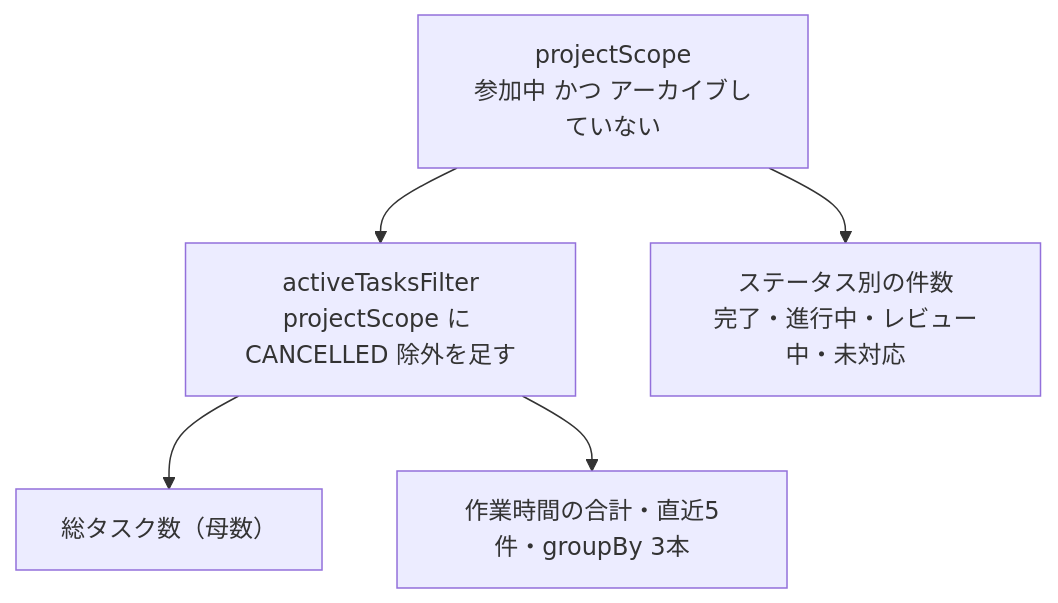
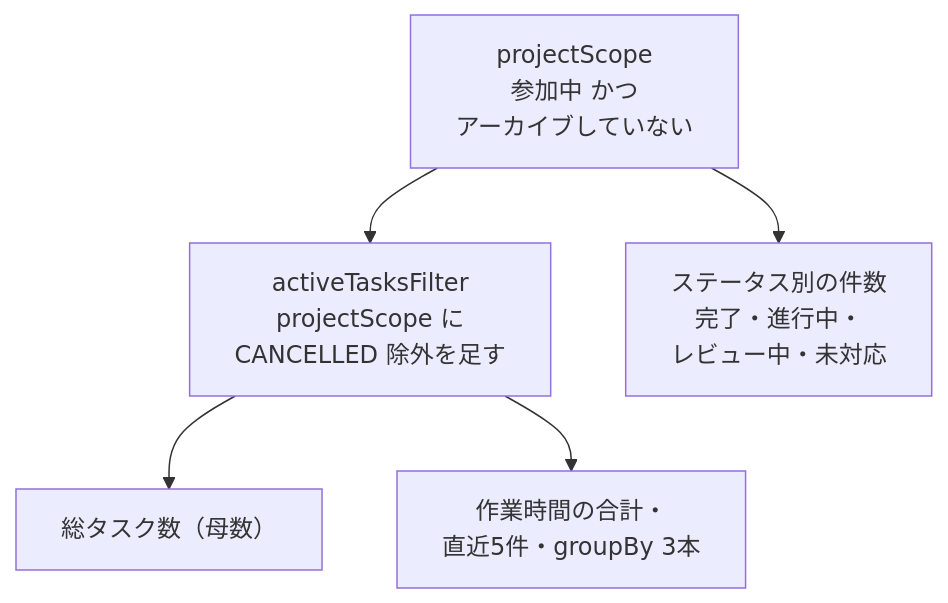
Before and after one commit to kouiso/task-app: the second of 2 diagrams in material/30days-curriculum/day21_統計カードを表示.md, drawn with Mermaid. The commit also changed 24 other files, not shown here.

First line of the commit message:
fix(material): Mermaid 図のファイル名キャプションとノード途中折れを直す (#457) (#718)

````diff
--- a/material/30days-curriculum/day21_統計カードを表示.md
+++ b/material/30days-curriculum/day21_統計カードを表示.md
@@ -178,8 +178,8 @@
 ```mermaid
 flowchart TB
-    P["projectScope<br/>参加中 かつ アーカイブしていない"]
-    P --> A["activeTasksFilter<br/>projectScope に CANCELLED 除外を足す"]
-    P --> S["ステータス別の件数<br/>完了・進行中・レビュー中・未対応"]
+    P["projectScope<br/>参加中 かつ<br/>アーカイブしていない"]
+    P --> A["activeTasksFilter<br/>projectScope に<br/>CANCELLED 除外を足す"]
+    P --> S["ステータス別の件数<br/>完了・進行中・<br/>レビュー中・未対応"]
     A --> TT["総タスク数（母数）"]
-    A --> G["作業時間の合計・直近5件・groupBy 3本"]
+    A --> G["作業時間の合計・<br/>直近5件・groupBy 3本"]
 ```
````
